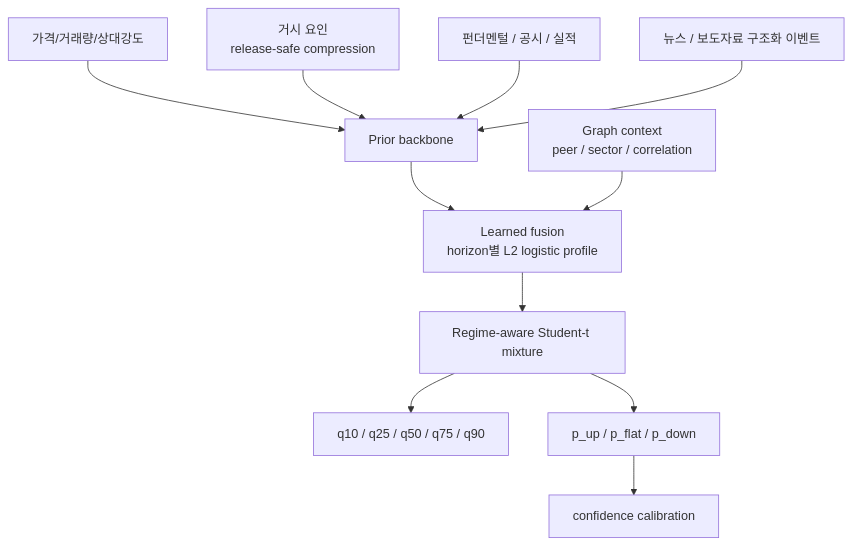
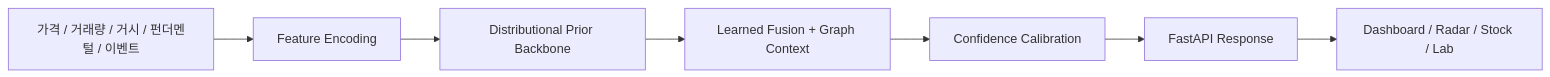
One commit to YoongeonChoi/stock-predict changed the second of 3 diagrams in README.md. Above: the diagram before and after it, drawn with Mermaid. The commit also changed other lines of this file and 13 other files, not shown here.

````diff
--- a/README.md
+++ b/README.md
@@ -211,13 +142,9 @@
 ```mermaid
-flowchart TD
-    A["가격/거래량/상대강도"] --> P["Prior backbone"]
-    B["거시 요인<br/>release-safe compression"] --> P
-    C["펀더멘털 / 공시 / 실적"] --> P
-    D["뉴스 / 보도자료 구조화 이벤트"] --> P
-    P --> L["Learned fusion<br/>horizon별 L2 logistic profile"]
-    E["Graph context<br/>peer / sector / correlation"] --> L
-    L --> M["Regime-aware Student-t mixture"]
-    M --> Q["q10 / q25 / q50 / q75 / q90"]
-    M --> R["p_up / p_flat / p_down"]
-    R --> S["confidence calibration"]
+flowchart LR
+    RAW["가격 / 거래량 / 거시 / 펀더멘털 / 이벤트"] --> ENC["Feature Encoding"]
+    ENC --> PRIOR["Distributional Prior Backbone"]
+    PRIOR --> FUSION["Learned Fusion + Graph Context"]
+    FUSION --> CAL["Confidence Calibration"]
+    CAL --> API["FastAPI Response"]
+    API --> UI["Dashboard / Radar / Stock / Lab"]
 ```
````
